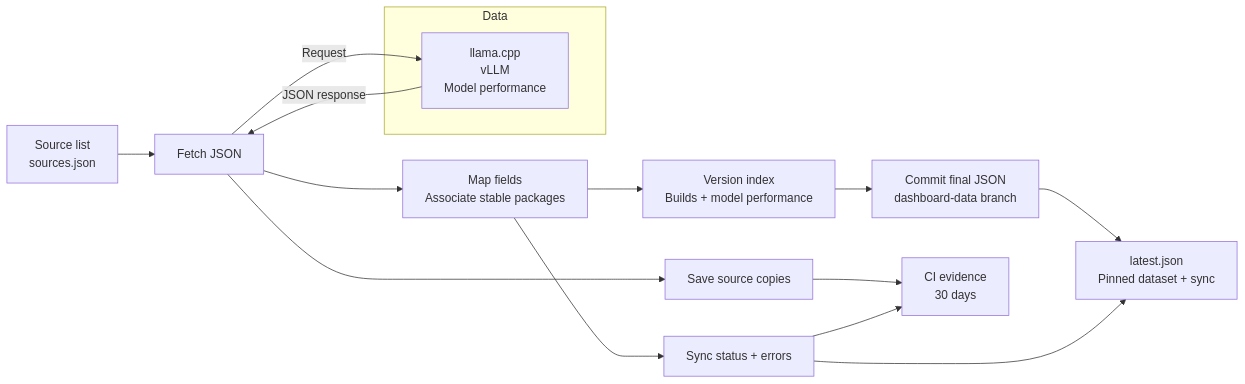
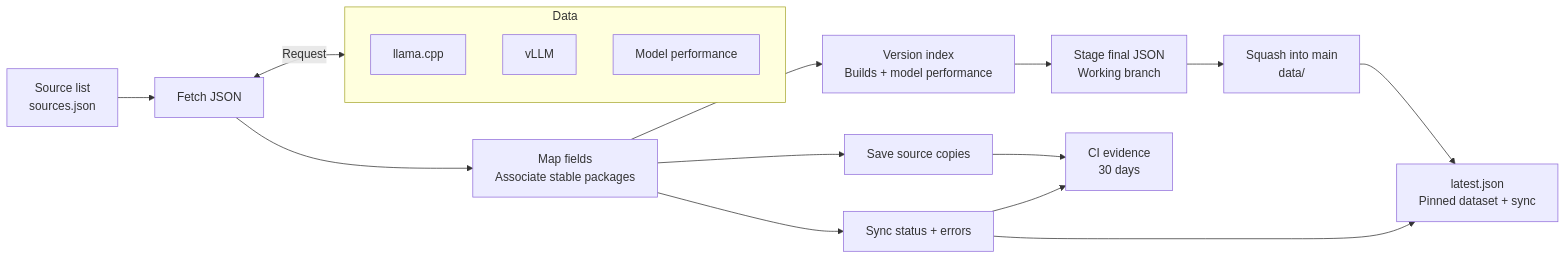
Before and after one commit to lemonade-sdk/rocm-readiness: the first of 2 diagrams in docs/data-flow.md, drawn with Mermaid. The commit also changed other lines of this file and 6 other files, not shown here.

Commit message:
Squash staged dashboard data into main without changing source files

````diff
--- a/docs/data-flow.md
+++ b/docs/data-flow.md
@@ -15,18 +15,20 @@
 ```mermaid
 flowchart LR
     Config["Source list<br/>sources.json"] --> Fetch["Fetch JSON"]
     subgraph Data["Data"]
-        Sources["llama.cpp<br/>vLLM<br/>Model performance"]
+        LlamaCpp["llama.cpp"]
+        Vllm["vLLM"]
+        Performance["Model performance"]
     end
-    Fetch -->|Request| Sources
-    Sources -->|JSON response| Fetch
+    Fetch <-->|Request| Data
     Fetch --> Map["Map fields<br/>Associate stable packages"]
     Map --> Output["Version index<br/>Builds + model performance"]
-    Fetch --> Copies["Save source copies"]
-    Output --> Publish["Commit final JSON<br/>dashboard-data branch"]
-    Publish --> Latest["latest.json<br/>Pinned dataset + sync"]
+    Map --> Copies["Save source copies"]
+    Output --> Publish["Stage final JSON<br/>Working branch"]
+    Publish --> Main["Squash into main<br/>data/"]
+    Main --> Latest["latest.json<br/>Pinned dataset + sync"]
     Copies --> Artifact["CI evidence<br/>30 days"]
     Map --> Sync["Sync status + errors"]
     Sync --> Artifact
     Sync --> Latest
 ```
````
